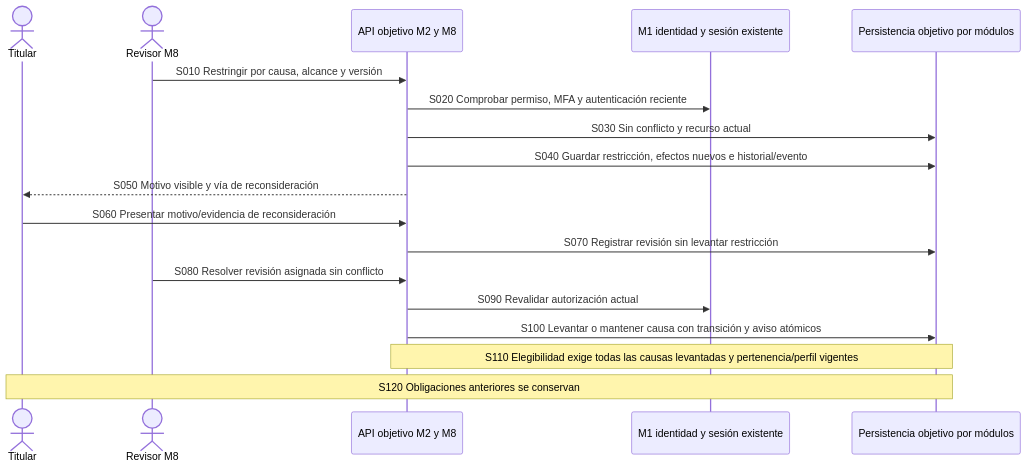
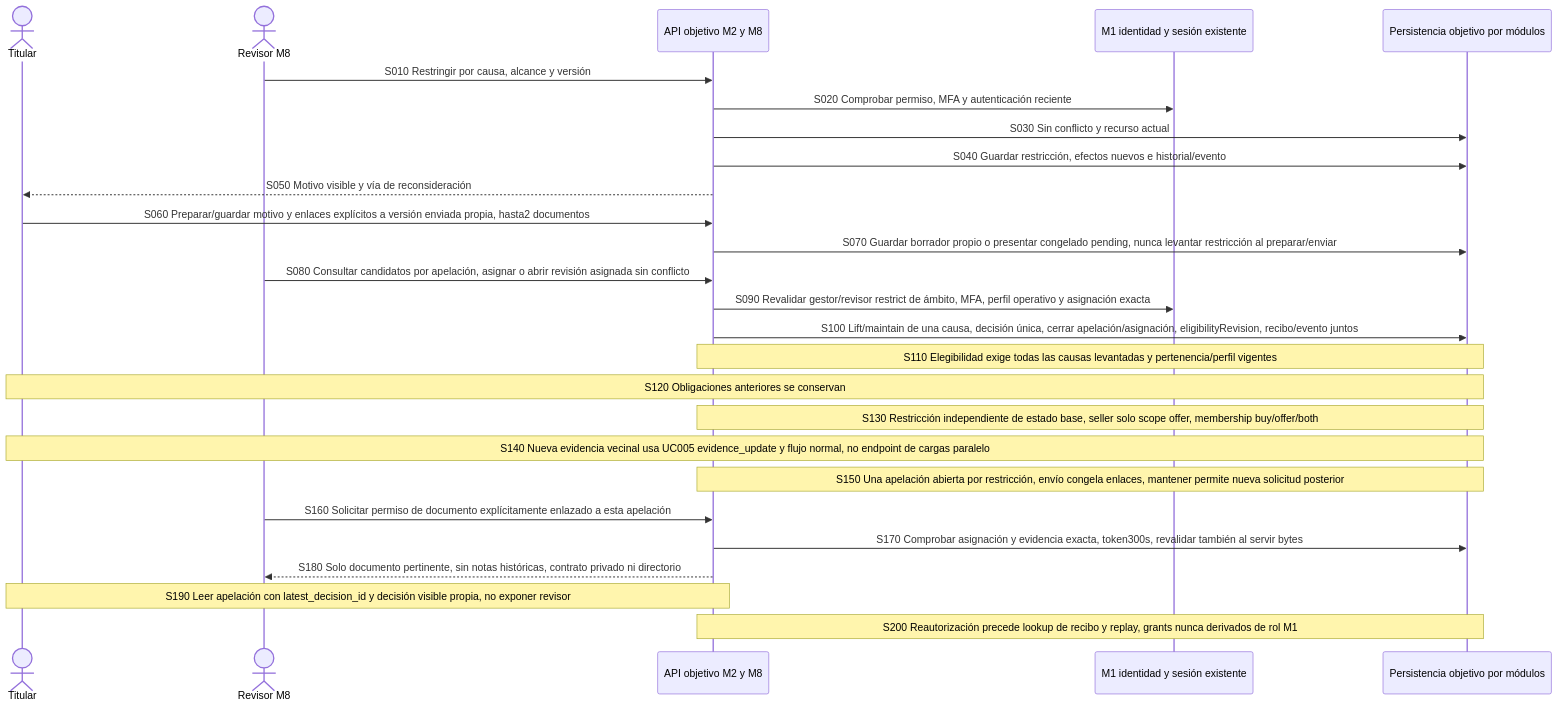
Before and after one commit to AndresRaRi/marleva: the diagram in marleva-local/repositorio/docs/diagramas/secuencia/M8/MAR-M8-SEQ-003.mmd, drawn with Mermaid. The commit also changed 48 other files, not shown here.

```diff
--- a/marleva-local/repositorio/docs/diagramas/secuencia/M8/MAR-M8-SEQ-003.mmd
+++ b/marleva-local/repositorio/docs/diagramas/secuencia/M8/MAR-M8-SEQ-003.mmd
@@ -1,20 +1,28 @@
 %% MAR-M8-SEQ-003: Restricción y reconsideración vecinal/comercial
 %% 15-10-2026. Objetivo documental. Sin API o implementación acreditadas.
 sequenceDiagram
 actor T as Titular
 actor R as Revisor M8
 participant A as API objetivo M2 y M8
 participant I as M1 identidad y sesión existente
 participant D as Persistencia objetivo por módulos
 R->>A: S010 Restringir por causa, alcance y versión
 A->>I: S020 Comprobar permiso, MFA y autenticación reciente
 A->>D: S030 Sin conflicto y recurso actual
 A->>D: S040 Guardar restricción, efectos nuevos e historial/evento
 A-->>T: S050 Motivo visible y vía de reconsideración
-T->>A: S060 Presentar motivo/evidencia de reconsideración
-A->>D: S070 Registrar revisión sin levantar restricción
-R->>A: S080 Resolver revisión asignada sin conflicto
-A->>I: S090 Revalidar autorización actual
-A->>D: S100 Levantar o mantener causa con transición y aviso atómicos
+T->>A: S060 Preparar/guardar motivo y enlaces explícitos a versión enviada propia, hasta2 documentos
+A->>D: S070 Guardar borrador propio o presentar congelado pending, nunca levantar restricción al preparar/enviar
+R->>A: S080 Consultar candidatos por apelación, asignar o abrir revisión asignada sin conflicto
+A->>I: S090 Revalidar gestor/revisor restrict de ámbito, MFA, perfil operativo y asignación exacta
+A->>D: S100 Lift/maintain de una causa, decisión única, cerrar apelación/asignación, eligibilityRevision, recibo/evento juntos
 Note over A,D: S110 Elegibilidad exige todas las causas levantadas y pertenencia/perfil vigentes
 Note over T,D: S120 Obligaciones anteriores se conservan
+Note over A,D: S130 Restricción independiente de estado base, seller solo scope offer, membership buy/offer/both
+Note over T,D: S140 Nueva evidencia vecinal usa UC005 evidence_update y flujo normal, no endpoint de cargas paralelo
+Note over A,D: S150 Una apelación abierta por restricción, envío congela enlaces, mantener permite nueva solicitud posterior
+R->>A: S160 Solicitar permiso de documento explícitamente enlazado a esta apelación
+A->>D: S170 Comprobar asignación y evidencia exacta, token300s, revalidar también al servir bytes
+A-->>R: S180 Solo documento pertinente, sin notas históricas, contrato privado ni directorio
+Note over T,A: S190 Leer apelación con latest_decision_id y decisión visible propia, no exponer revisor
+Note over A,D: S200 Reautorización precede lookup de recibo y replay, grants nunca derivados de rol M1
```
